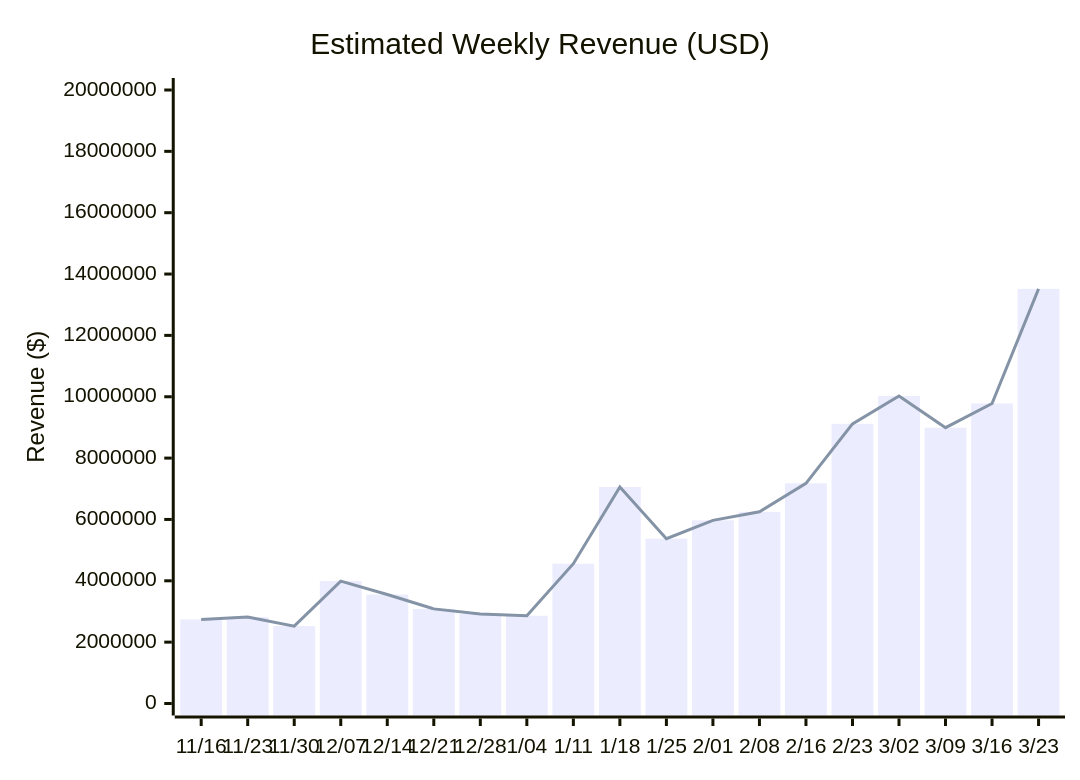
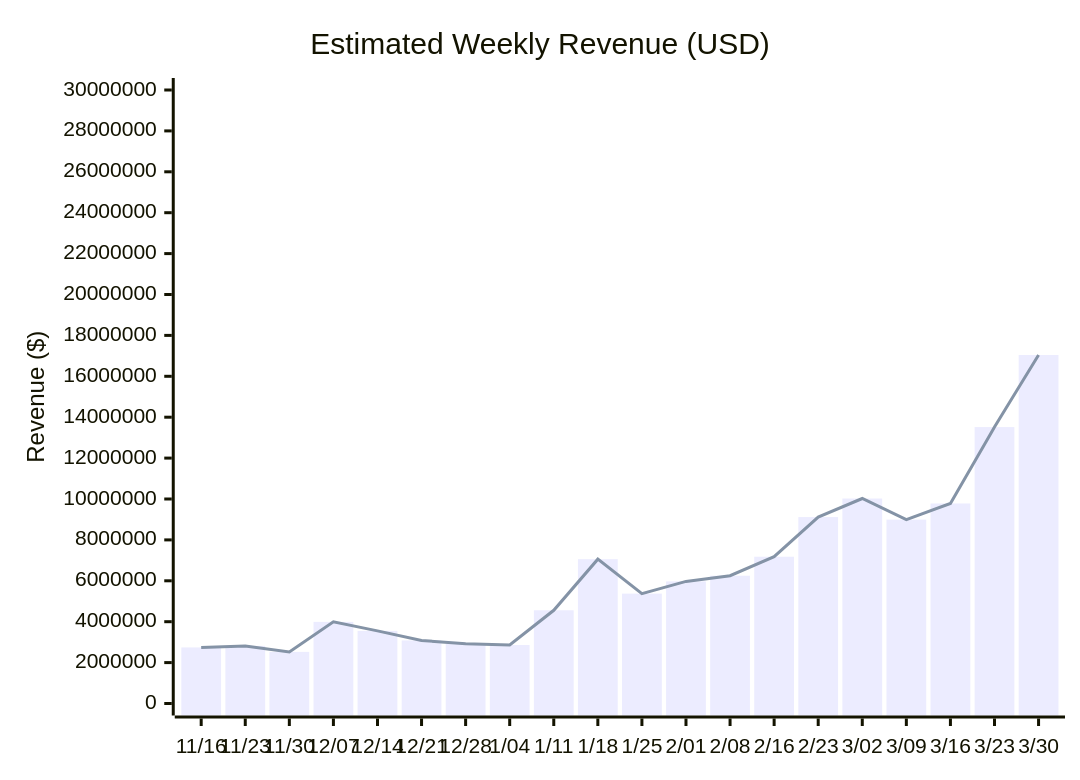
Before and after one commit to johnbean393/openrouter-inference-stats: the first of 4 diagrams in README.md, drawn with Mermaid. The commit also changed other lines of this file and 1 other file, not shown here.

````diff
--- a/README.md
+++ b/README.md
@@ -17,8 +17,8 @@
 ```mermaid
 xychart-beta
     title "Estimated Weekly Revenue (USD)"
-    x-axis ["11/16", "11/23", "11/30", "12/07", "12/14", "12/21", "12/28", "1/04", "1/11", "1/18", "1/25", "2/01", "2/08", "2/16", "2/23", "3/02", "3/09", "3/16", "3/23"]
-    y-axis "Revenue ($)" 0 --> 20000000
-    bar [2740620.94, 2816925.48, 2523142.13, 3991396.39, 3551394.6, 3084659.53, 2918272.88, 2862056.98, 4558077.75, 7057753.91, 5373700.56, 5970586.37, 6247827.58, 7177565.34, 9116055.43, 10024024.86, 8991833.66, 9781034.43, 13516359.09]
-    line [2740620.94, 2816925.48, 2523142.13, 3991396.39, 3551394.6, 3084659.53, 2918272.88, 2862056.98, 4558077.75, 7057753.91, 5373700.56, 5970586.37, 6247827.58, 7177565.34, 9116055.43, 10024024.86, 8991833.66, 9781034.43, 13516359.09]
+    x-axis ["11/16", "11/23", "11/30", "12/07", "12/14", "12/21", "12/28", "1/04", "1/11", "1/18", "1/25", "2/01", "2/08", "2/16", "2/23", "3/02", "3/09", "3/16", "3/23", "3/30"]
+    y-axis "Revenue ($)" 0 --> 30000000
+    bar [2740620.94, 2816925.48, 2523142.13, 3991396.39, 3551394.6, 3084659.53, 2918272.88, 2862056.98, 4558077.75, 7057753.91, 5373700.56, 5970586.37, 6247827.58, 7177565.34, 9116055.43, 10024024.86, 8991833.66, 9781034.43, 13516359.09, 17042158.26]
+    line [2740620.94, 2816925.48, 2523142.13, 3991396.39, 3551394.6, 3084659.53, 2918272.88, 2862056.98, 4558077.75, 7057753.91, 5373700.56, 5970586.37, 6247827.58, 7177565.34, 9116055.43, 10024024.86, 8991833.66, 9781034.43, 13516359.09, 17042158.26]
 ```
````
